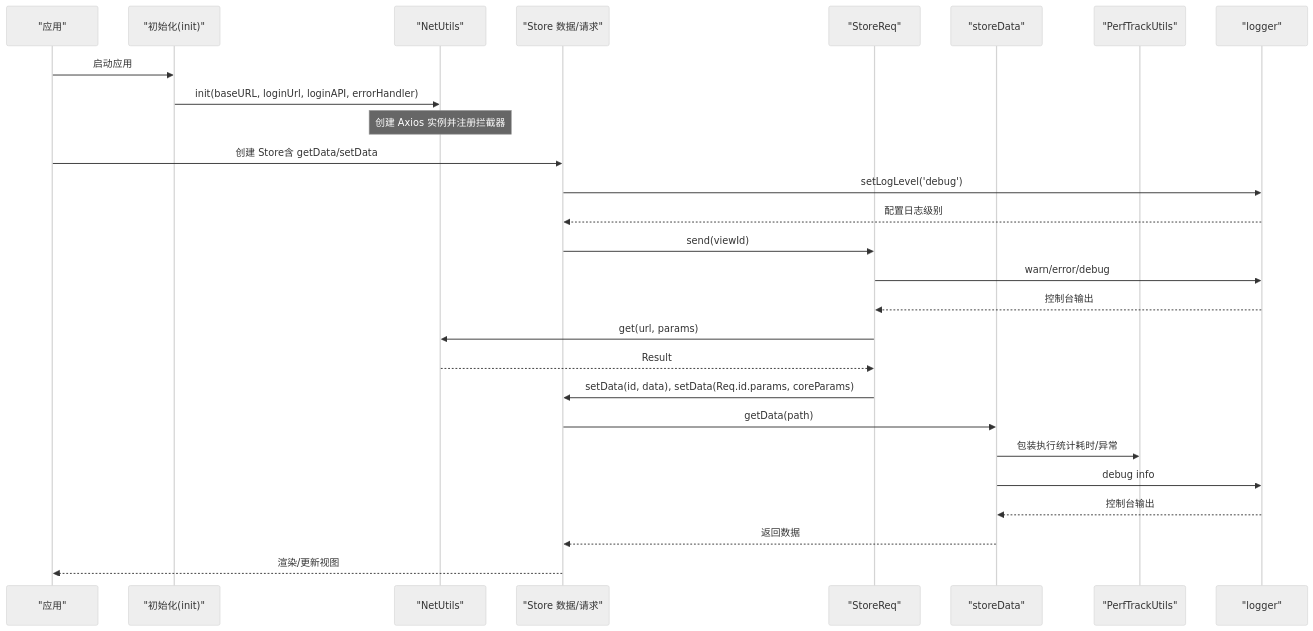
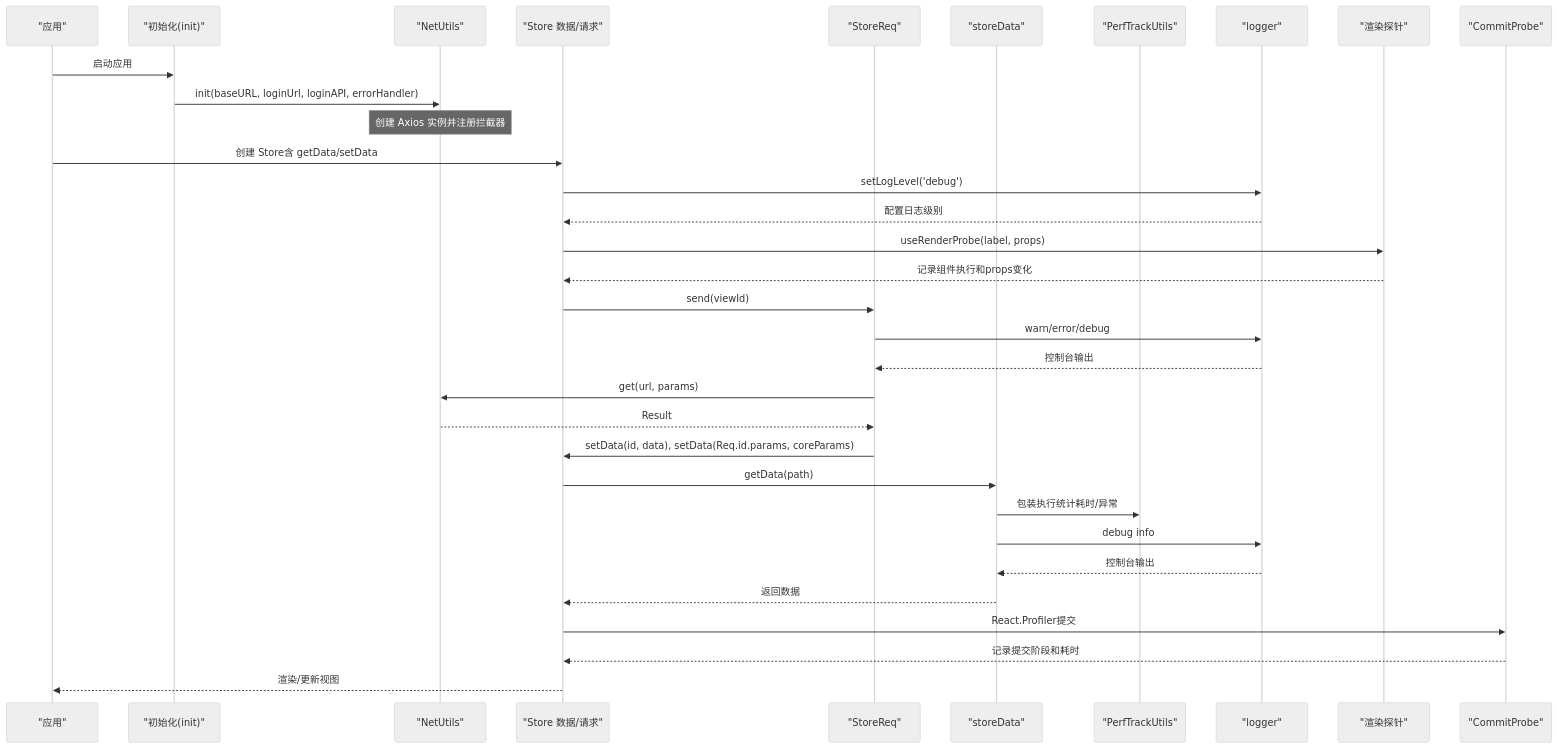
Before and after one commit to liqiongke/FrontArk: the second of 4 diagrams in .qoder/repowiki/zh/content/框架核心/工具函数库.md, drawn with Mermaid (neutral theme). The commit also changed other lines of this file and 43 other files, not shown here.

````diff
--- a/.qoder/repowiki/zh/content/框架核心/工具函数库.md
+++ b/.qoder/repowiki/zh/content/框架核心/工具函数库.md
@@ -98,29 +112,35 @@
 ```mermaid
 sequenceDiagram
 participant App as "应用"
 participant Init as "初始化(init)"
 participant Net as "NetUtils"
 participant Store as "Store 数据/请求"
 participant Req as "StoreReq"
 participant Data as "storeData"
 participant Perf as "PerfTrackUtils"
 participant Log as "logger"
+participant Probe as "渲染探针"
+participant Commit as "CommitProbe"
 App->>Init : 启动应用
 Init->>Net : init(baseURL, loginUrl, loginAPI, errorHandler)
 Note over Net : 创建 Axios 实例并注册拦截器
 App->>Store : 创建 Store含 getData/setData
 Store->>Log : setLogLevel('debug')
 Log-->>Store : 配置日志级别
+Store->>Probe : useRenderProbe(label, props)
+Probe-->>Store : 记录组件执行和props变化
 Store->>Req : send(viewId)
 Req->>Log : warn/error/debug
 Log-->>Req : 控制台输出
 Req->>Net : get(url, params)
 Net-->>Req : Result
 Req->>Store : setData(id, data), setData(Req.id.params, coreParams)
 Store->>Data : getData(path)
 Data->>Perf : 包装执行统计耗时/异常
 Data->>Log : debug info
 Log-->>Data : 控制台输出
 Data-->>Store : 返回数据
+Store->>Commit : React.Profiler提交
+Commit-->>Store : 记录提交阶段和耗时
 Store-->>App : 渲染/更新视图
 ```
````
